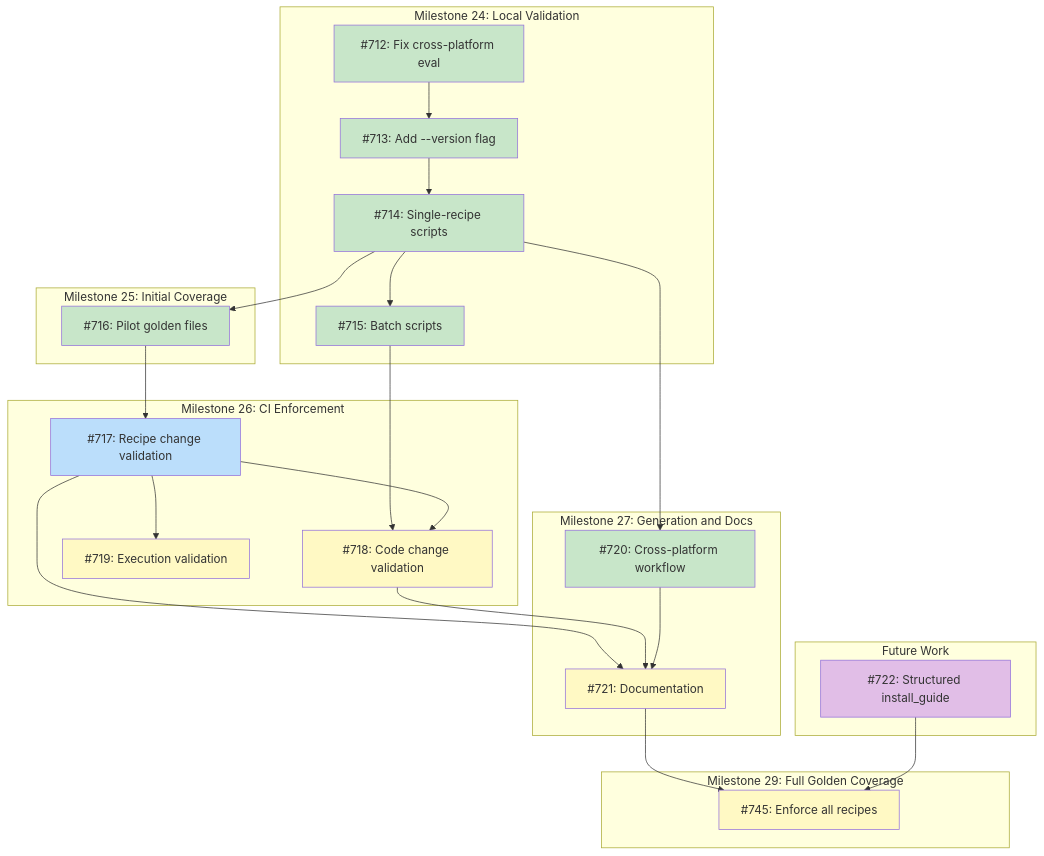
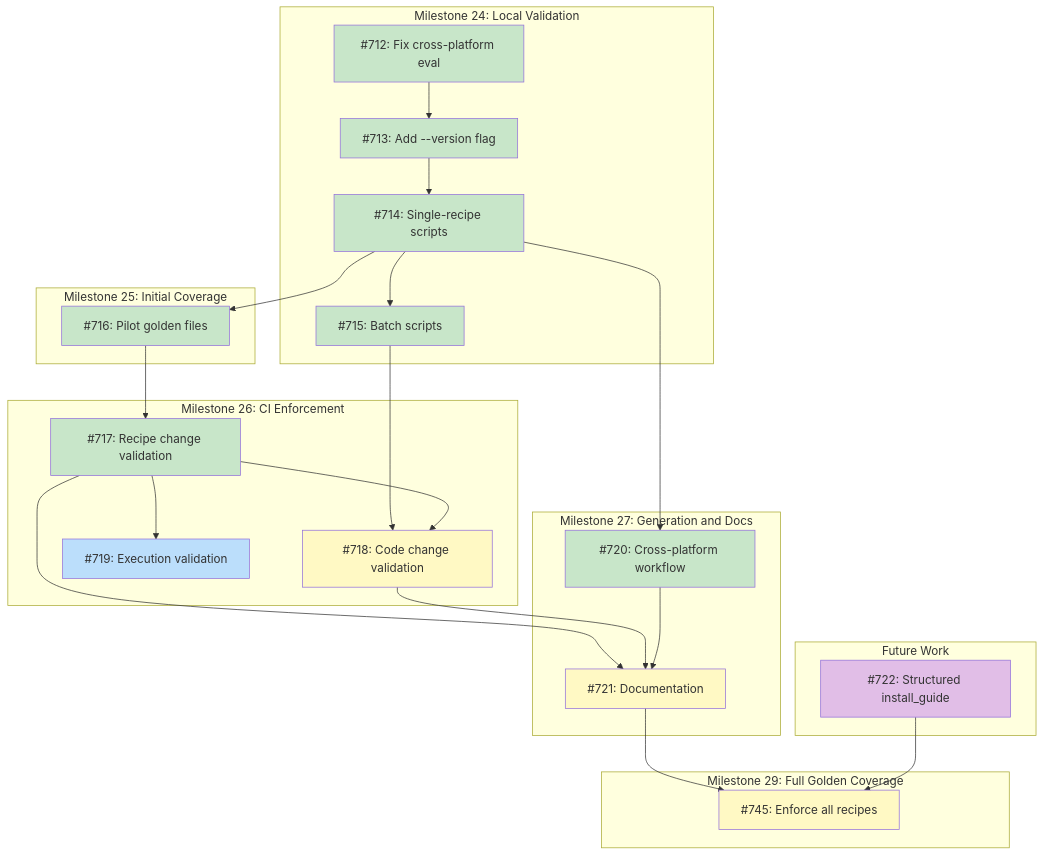
The diagram in docs/DESIGN-golden-plan-testing.md (tsukumogami/tsuku), drawn with Mermaid before and after one commit. The commit also changed 4 other files, not shown here.

````diff
--- a/docs/DESIGN-golden-plan-testing.md
+++ b/docs/DESIGN-golden-plan-testing.md
@@ -48,57 +48,57 @@
 ```mermaid
 graph TD
     subgraph M24["Milestone 24: Local Validation"]
         I712["#712: Fix cross-platform eval"]
         I713["#713: Add --version flag"]
         I714["#714: Single-recipe scripts"]
         I715["#715: Batch scripts"]
     end
 
     subgraph M25["Milestone 25: Initial Coverage"]
         I716["#716: Pilot golden files"]
     end
 
     subgraph M26["Milestone 26: CI Enforcement"]
         I717["#717: Recipe change validation"]
         I718["#718: Code change validation"]
         I719["#719: Execution validation"]
     end
 
     subgraph M27["Milestone 27: Generation and Docs"]
         I720["#720: Cross-platform workflow"]
         I721["#721: Documentation"]
     end
 
     subgraph M29["Milestone 29: Full Golden Coverage"]
         I745["#745: Enforce all recipes"]
     end
 
     subgraph Future["Future Work"]
         I722["#722: Structured install_guide"]
     end
 
     I712 --> I713
     I713 --> I714
     I714 --> I715
     I714 --> I716
     I714 --> I720
     I716 --> I717
     I715 --> I718
     I717 --> I718
     I717 --> I719
     I717 --> I721
     I718 --> I721
     I720 --> I721
     I721 --> I745
     I722 --> I745
 
     classDef done fill:#c8e6c9
     classDef ready fill:#bbdefb
     classDef blocked fill:#fff9c4
     classDef needsDesign fill:#e1bee7
 
-    class I712,I713,I714,I715,I716,I720 done
-    class I717 ready
-    class I718,I719,I721,I745 blocked
+    class I712,I713,I714,I715,I716,I717,I720 done
+    class I719 ready
+    class I718,I721,I745 blocked
     class I722 needsDesign
 ```
````
